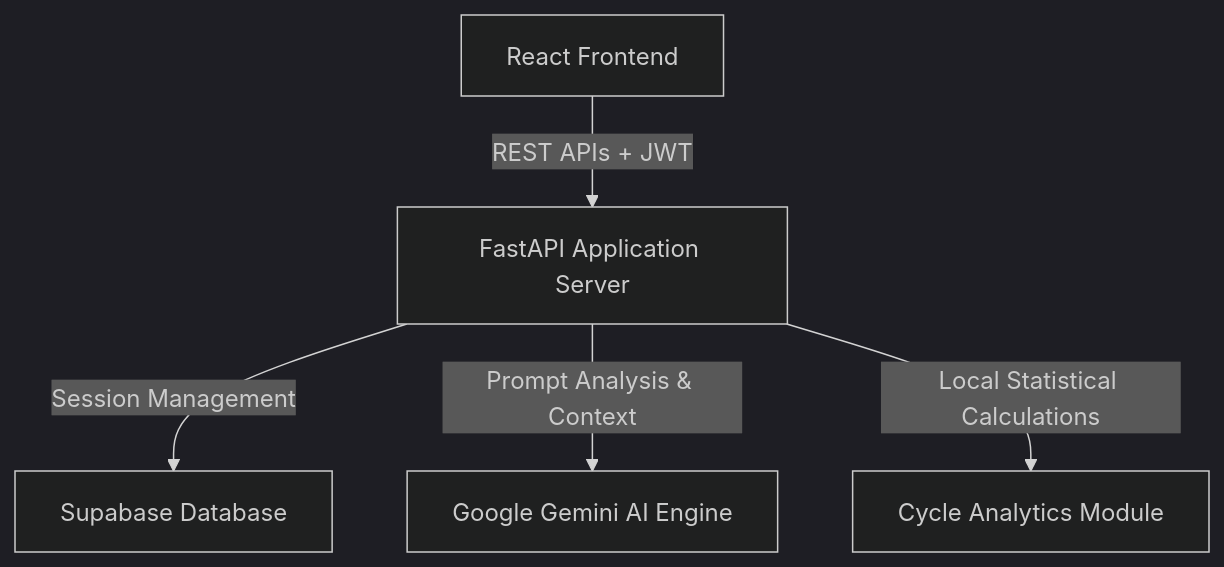
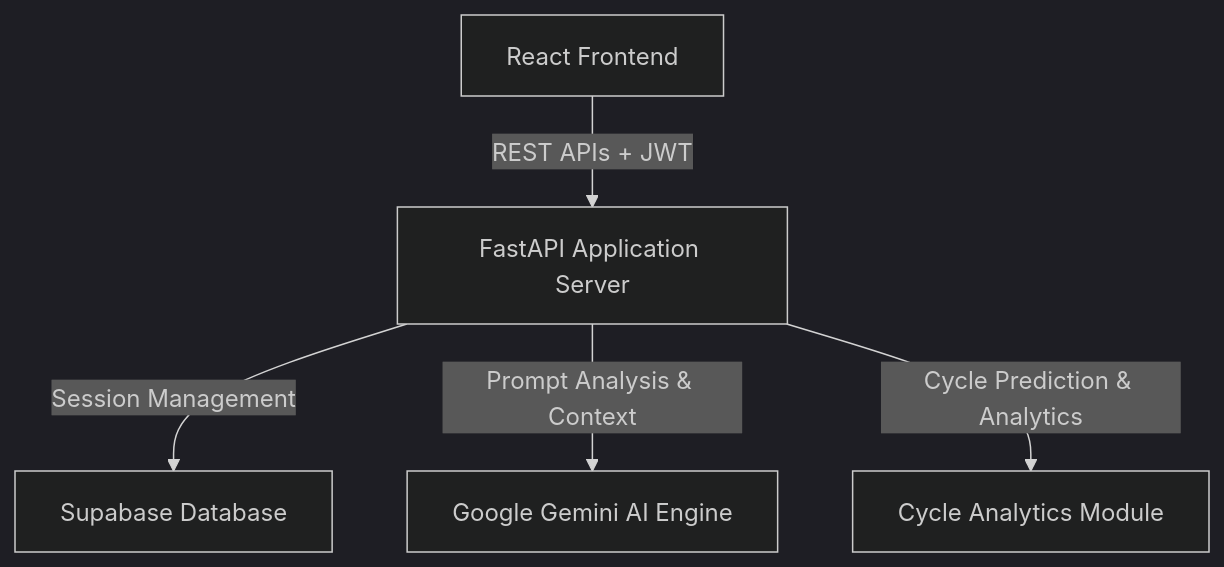
Before and after one commit to somiya-namdeo/HerSakhi-Wellness-Platform: the diagram in README.md, drawn with Mermaid (dark theme).

Commit message:
Finalization of the project done

````diff
--- a/README.md
+++ b/README.md
@@ -28,7 +28,7 @@
 ```mermaid
 graph TD
     Client[React Frontend] -->|REST APIs + JWT| API[FastAPI Application Server]
     API -->|Session Management| DB[Supabase Database]
     API -->|Prompt Analysis & Context| Gemini[Google Gemini AI Engine]
-    API -->|Local Statistical Calculations| ML[Cycle Analytics Module]
+    API -->|Cycle Prediction & Analytics| ML[Cycle Analytics Module]
 ```
````
